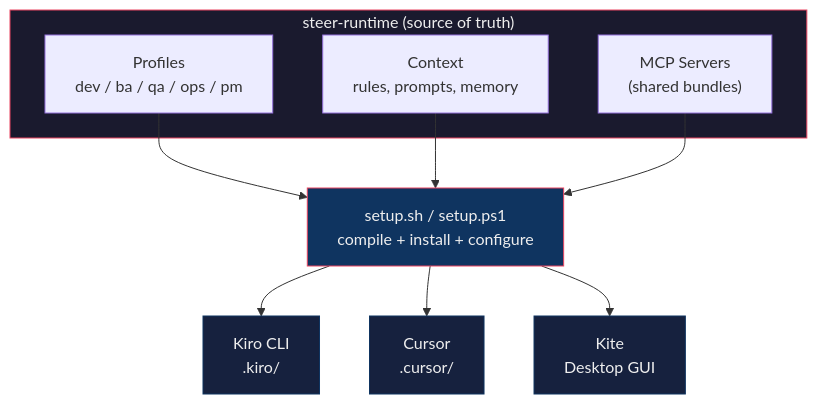
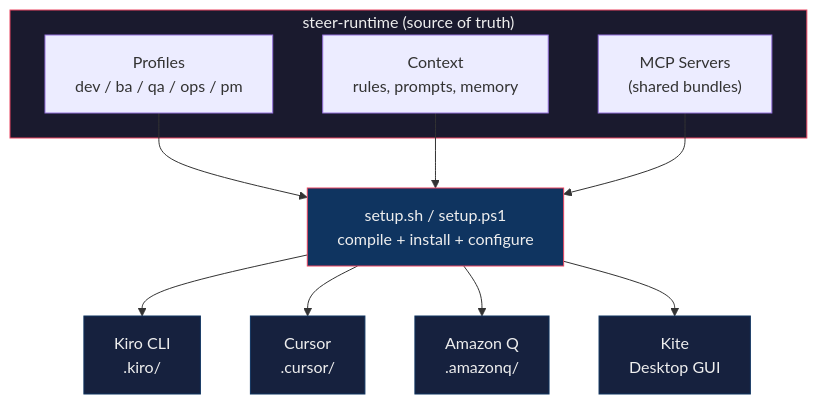
One commit to rsanchez-disney/steer-runtime changed the diagram in README.md. Above: the diagram before and after it, drawn with Mermaid. The commit also changed other lines of this file and 22 other files, not shown here.

````diff
--- a/README.md
+++ b/README.md
@@ -106,24 +110,26 @@
 ```mermaid
 graph TD
     subgraph src["steer-runtime (source of truth)"]
         profiles["Profiles<br/>dev / ba / qa / ops / pm"]
         context["Context<br/>rules, prompts, memory"]
         mcp["MCP Servers<br/>(shared bundles)"]
     end
 
     profiles --> setup
     context --> setup
     mcp --> setup
 
     setup["setup.sh / setup.ps1<br/>compile + install + configure"]
 
     setup --> kiro["Kiro CLI<br/>.kiro/"]
     setup --> cursor["Cursor<br/>.cursor/"]
+    setup --> amazonq["Amazon Q<br/>.amazonq/"]
     setup --> kite["Kite<br/>Desktop GUI"]
 
     style src fill:#1a1a2e,stroke:#e94560,color:#eee
     style setup fill:#0f3460,stroke:#e94560,color:#eee
     style kiro fill:#16213e,stroke:#0f3460,color:#eee
     style cursor fill:#16213e,stroke:#0f3460,color:#eee
+    style amazonq fill:#16213e,stroke:#0f3460,color:#eee
     style kite fill:#16213e,stroke:#0f3460,color:#eee
 ```
````
